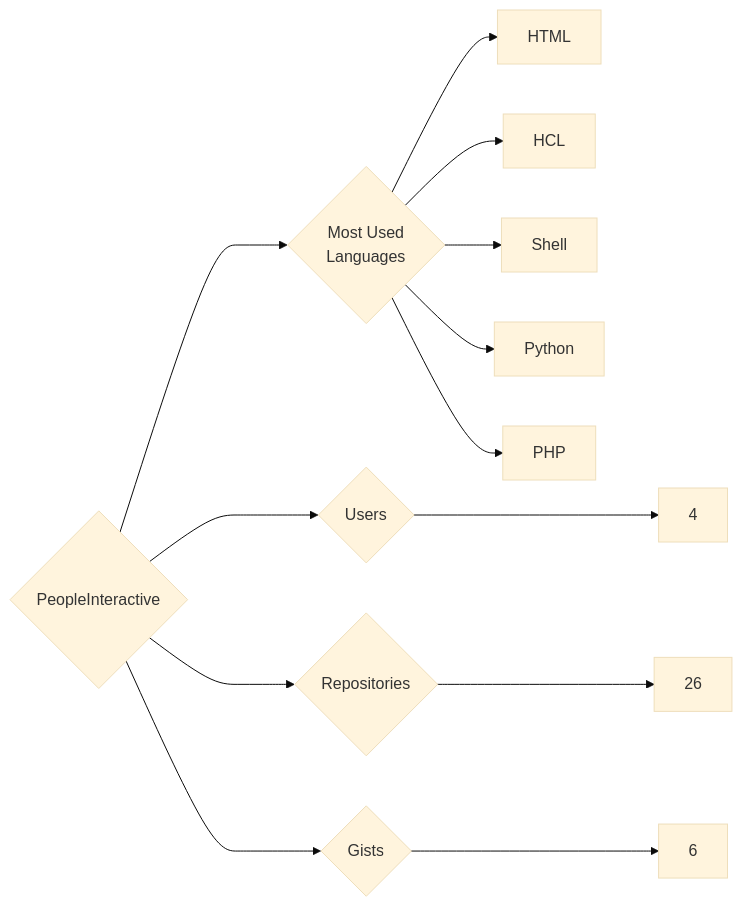
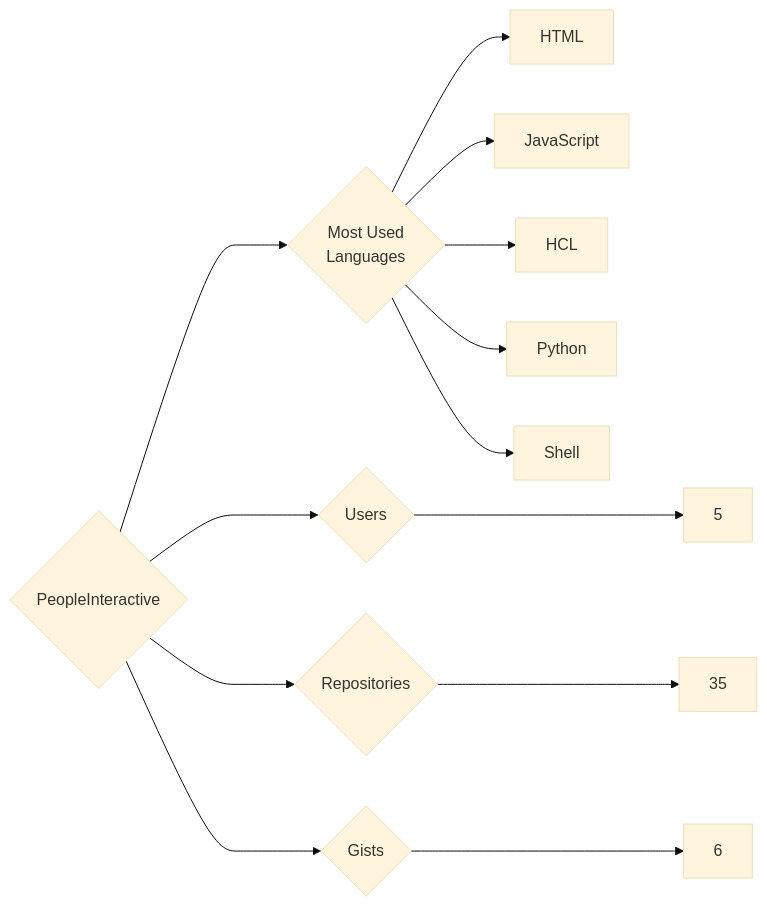
One commit to trickest/insiders changed the diagram in targets/PeopleInteractive/README.md. Above: the diagram before and after it, drawn with Mermaid (base theme). The commit also changed 995 other files, not shown here.

````diff
--- a/targets/PeopleInteractive/README.md
+++ b/targets/PeopleInteractive/README.md
@@ -3,13 +3,13 @@
 ```mermaid
 graph LR
 COMPANY_NAME{PeopleInteractive}
-COMPANY_NAME ---> U{Users} ---> UN[4]
-COMPANY_NAME ---> R{Repositories} ---> RN[26]
+COMPANY_NAME ---> U{Users} ---> UN[5]
+COMPANY_NAME ---> R{Repositories} ---> RN[35]
 COMPANY_NAME ---> G{Gists} ---> GN[6]
 COMPANY_NAME ---> ML{Most Used<br>Languages}
 ML --> HTML[HTML]
+ML --> JavaScript[JavaScript]
 ML --> HCL[HCL]
+ML --> Python[Python]
 ML --> Shell[Shell]
-ML --> Python[Python]
-ML --> PHP[PHP]
 ```
````
